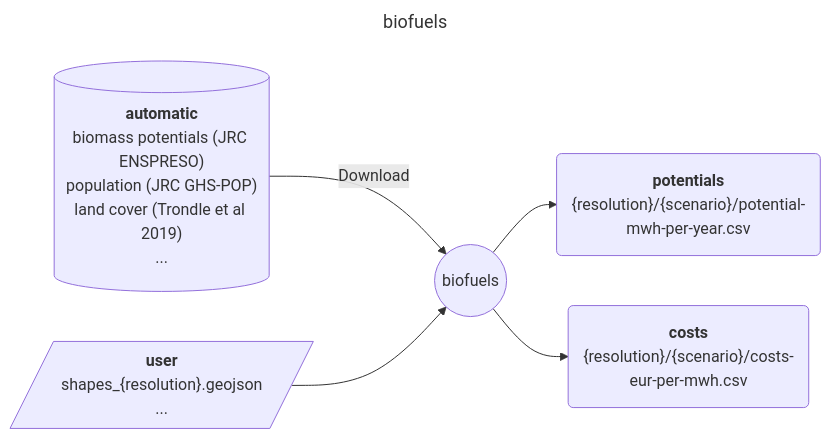
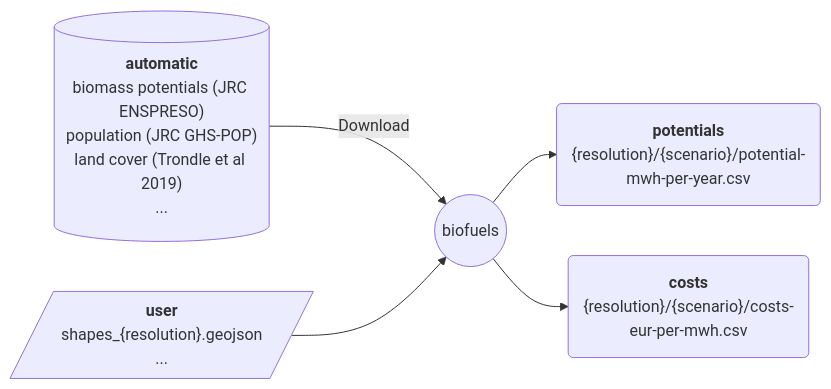
The diagram in modules/biofuels/README.md (calliope-project/ec_modules), drawn with Mermaid before and after one commit. The commit also changed other lines of this file and 8 other files, not shown here.

````diff
--- a/modules/biofuels/README.md
+++ b/modules/biofuels/README.md
@@ -9,22 +13,19 @@
 ```mermaid
----
-title: biofuels
----
 flowchart LR
     D1[("`**automatic**
         biomass potentials (JRC ENSPRESO)
         population (JRC GHS-POP)
         land cover (Trondle et al 2019)
         ...
     `")] --> |Download| M
     C1[/"`**user**
         shapes_{resolution}.geojson
         ...
     `"/] --> M((biofuels))
     M --> O1("`**potentials**
         {resolution}/{scenario}/potential-mwh-per-year.csv
         `")
     M --> O2("`**costs**
         {resolution}/{scenario}/costs-eur-per-mwh.csv
         `")
 ```
````
